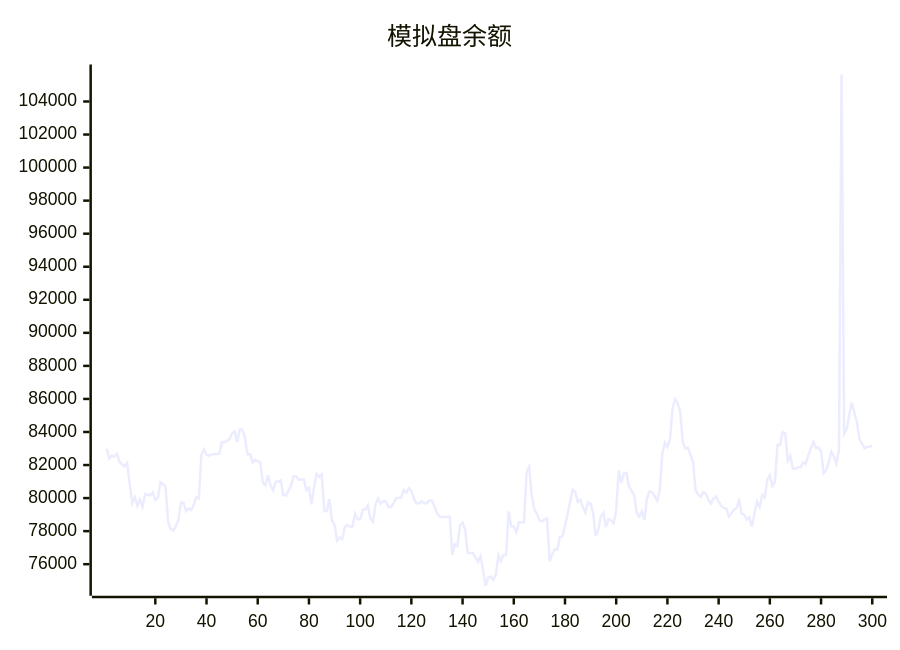
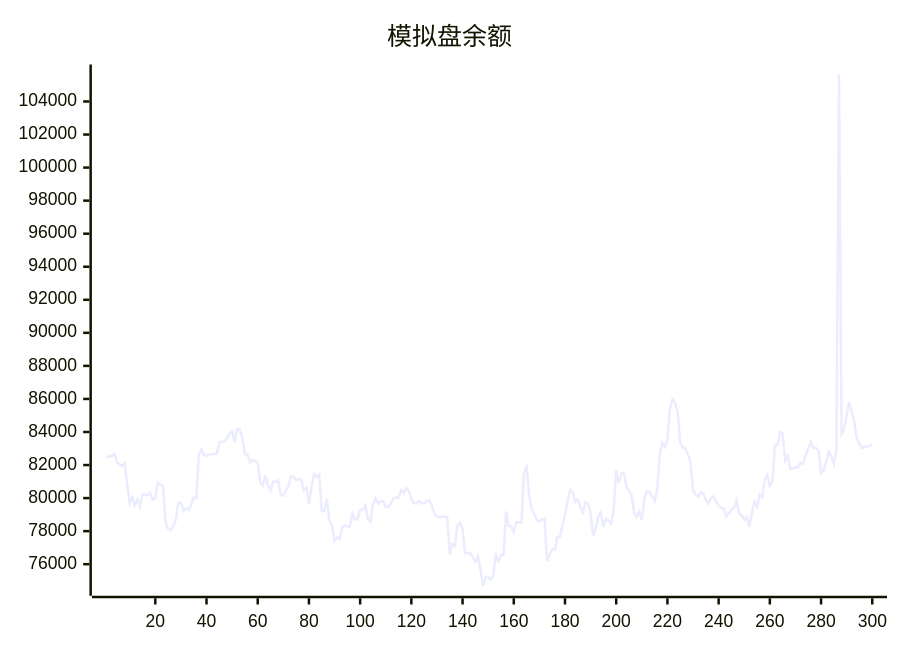
Before and after one commit to aahl/ai-trading: the diagram in README.md, drawn with Mermaid. The commit also changed other lines of this file and 1 other file, not shown here.

````diff
--- a/README.md
+++ b/README.md
@@ -5,5 +5,5 @@
 ```mermaid
 xychart
     title "模拟盘余额"
-    line [82983,82404,82572,82512,82688,82200,82047,81920,82125,80840,79688,80060,79552,79920,79470,80236,80208,80170,80336,79894,80006,80954,80837,80712,78561,78139,78037,78293,78682,79720,79720,79214,79372,79279,79591,80046,79993,82625,82950,82626,82571,82633,82670,82670,82681,83386,83378,83464,83579,83920,84037,83402,84160,84142,83652,82655,82655,82145,82315,82243,82163,80934,80770,81371,80742,80468,80989,80989,81067,80191,80155,80450,80737,81309,81309,81106,81119,81119,80471,80631,79624,80670,81448,81290,81429,79212,79222,79940,78643,78380,77432,77623,77504,78235,78358,78284,78277,79048,78714,78714,79290,79308,79567,78763,78563,79603,79988,79652,79813,79813,79476,79469,79673,79995,80015,80015,80486,80314,80600,80436,79966,79689,79689,79819,79692,79692,79850,79850,79518,79071,78889,78850,78850,78878,78878,76554,77202,77103,78357,78510,78106,76678,76677,76672,76411,76159,76485,75656,74695,75197,75246,75052,75334,76564,76179,76553,76551,79196,78300,78300,77944,78531,78531,78521,81564,81884,80160,79335,79055,78675,78580,78708,78764,76179,76586,76902,76876,77658,77669,78346,79023,79769,80497,80366,79761,79896,79448,79126,79749,79658,79097,77695,78114,78888,79126,78249,78738,78653,78478,79271,81680,80923,81488,81527,80681,80455,80190,79084,78879,79193,78686,79954,80403,80374,80118,79848,80491,82665,83351,83098,83525,85430,85983,85737,85221,83378,83014,83043,82613,82216,80477,80208,80081,80348,80277,79894,79670,79965,80093,79786,79542,79406,79371,78893,79087,79304,79406,79841,79072,78978,78696,78846,78272,79085,79787,79442,80198,80031,81120,81379,80718,80985,83214,83212,83993,83921,82270,82547,81776,81776,81866,81866,82158,82061,82596,83000,83408,83041,83050,82858,81503,81691,82188,82812,82517,82092,82901,105633,83898,84180,85030,85781,85178,84604,83569,83298,83008,83093,83107,83175]
+    line [82404,82572,82512,82688,82200,82047,81920,82125,80840,79688,80060,79552,79920,79470,80236,80208,80170,80336,79894,80006,80954,80837,80712,78561,78139,78037,78293,78682,79720,79720,79214,79372,79279,79591,80046,79993,82625,82950,82626,82571,82633,82670,82670,82681,83386,83378,83464,83579,83920,84037,83402,84160,84142,83652,82655,82655,82145,82315,82243,82163,80934,80770,81371,80742,80468,80989,80989,81067,80191,80155,80450,80737,81309,81309,81106,81119,81119,80471,80631,79624,80670,81448,81290,81429,79212,79222,79940,78643,78380,77432,77623,77504,78235,78358,78284,78277,79048,78714,78714,79290,79308,79567,78763,78563,79603,79988,79652,79813,79813,79476,79469,79673,79995,80015,80015,80486,80314,80600,80436,79966,79689,79689,79819,79692,79692,79850,79850,79518,79071,78889,78850,78850,78878,78878,76554,77202,77103,78357,78510,78106,76678,76677,76672,76411,76159,76485,75656,74695,75197,75246,75052,75334,76564,76179,76553,76551,79196,78300,78300,77944,78531,78531,78521,81564,81884,80160,79335,79055,78675,78580,78708,78764,76179,76586,76902,76876,77658,77669,78346,79023,79769,80497,80366,79761,79896,79448,79126,79749,79658,79097,77695,78114,78888,79126,78249,78738,78653,78478,79271,81680,80923,81488,81527,80681,80455,80190,79084,78879,79193,78686,79954,80403,80374,80118,79848,80491,82665,83351,83098,83525,85430,85983,85737,85221,83378,83014,83043,82613,82216,80477,80208,80081,80348,80277,79894,79670,79965,80093,79786,79542,79406,79371,78893,79087,79304,79406,79841,79072,78978,78696,78846,78272,79085,79787,79442,80198,80031,81120,81379,80718,80985,83214,83212,83993,83921,82270,82547,81776,81776,81866,81866,82158,82061,82596,83000,83408,83041,83050,82858,81503,81691,82188,82812,82517,82092,82901,105633,83898,84180,85030,85781,85178,84604,83569,83298,83008,83093,83107,83175,83228]
 ```
````
